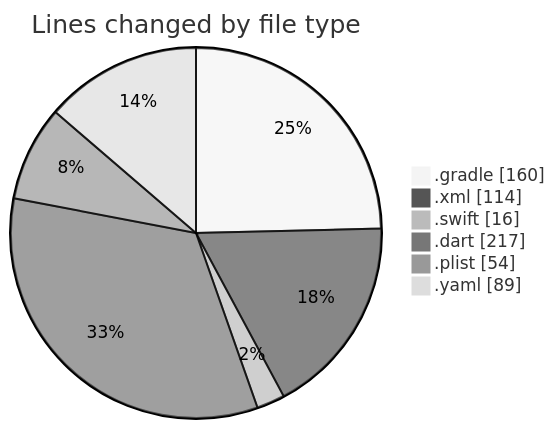
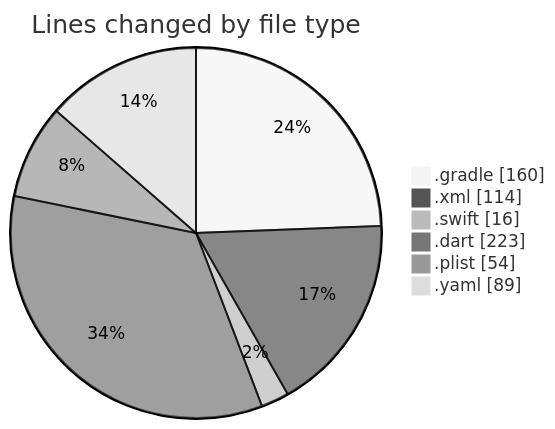
Before and after one commit to donsfak/code-tracking: the first of 2 diagrams in 2025-01-01/uber_clone/README.md, drawn with Mermaid (neutral theme). The commit also changed other lines of this file and 1 other file, not shown here.

````diff
--- a/2025-01-01/uber_clone/README.md
+++ b/2025-01-01/uber_clone/README.md
@@ -28,10 +28,10 @@
 ```mermaid
 pie showData
 title Lines changed by file type
 ".gradle" : 160
 ".xml" : 114
 ".swift" : 16
-".dart" : 217
+".dart" : 223
 ".plist" : 54
 ".yaml" : 89
 ```
````
